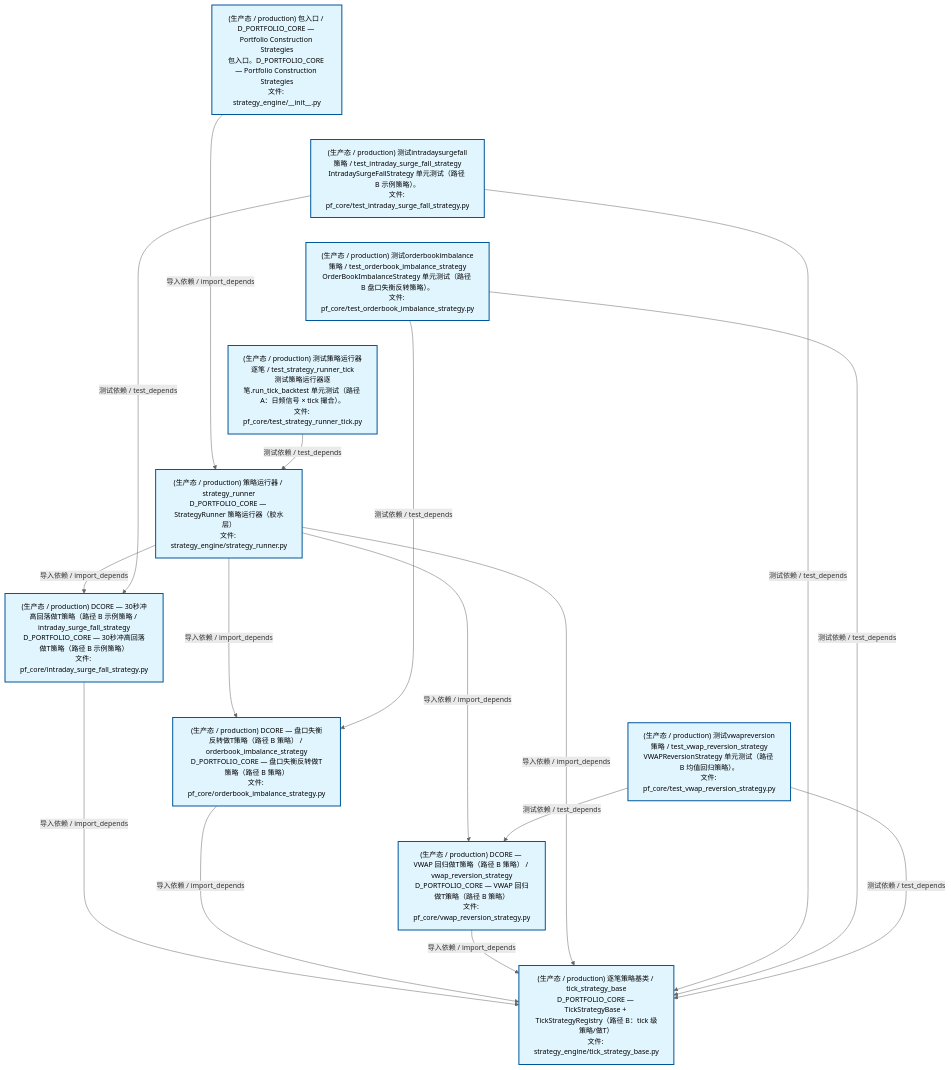
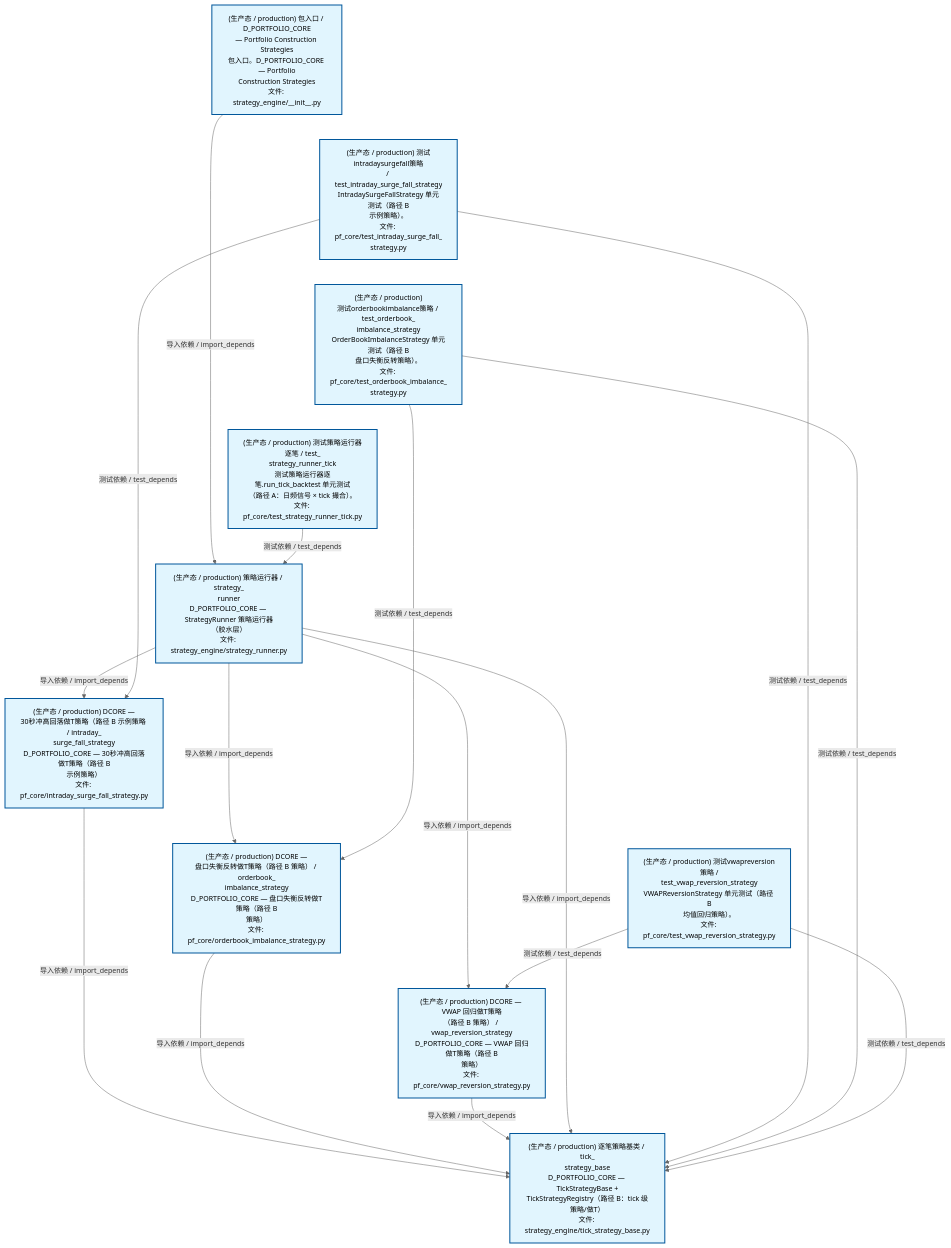
Before and after one commit to xuanFelixVan/ZephyrAlpha: the second of 4 diagrams in docs/02_enterprise_architecture/02_domain_architecture_docs/63_d_pf_core.md, drawn with Mermaid. The commit also changed other lines of this file and 61 other files, not shown here.

````diff
--- a/docs/02_enterprise_architecture/02_domain_architecture_docs/63_d_pf_core.md
+++ b/docs/02_enterprise_architecture/02_domain_architecture_docs/63_d_pf_core.md
@@ -131,40 +131,40 @@
 ```mermaid
 %%{init: {'theme': 'base', 'themeVariables': {'primaryColor': '#eaeaea', 'primaryTextColor': '#333333', 'primaryBorderColor': '#666666', 'lineColor': '#666666', 'secondaryColor': '#eaeaea', 'tertiaryColor': '#eaeaea', 'fontSize': '14px'}}}%%
 flowchart TD
-    src_zephyr_pf_core_strategy_engine_init_py["(生产态 / production) 包入口 / D_PORTFOLIO_CORE — Portfolio Construction Strategies<br/>包入口。D_PORTFOLIO_CORE — Portfolio Construction Strategies<br/>文件: strategy_engine/__init__.py"]
-    tests_pf_core_test_intraday_surge_fall_strategy_py["(生产态 / production) 测试intradaysurgefall策略 / test_intraday_surge_fall_strategy<br/>IntradaySurgeFallStrategy 单元测试（路径 B 示例策略）。<br/>文件: pf_core/test_intraday_surge_fall_strategy.py"]
-    tests_pf_core_test_orderbook_imbalance_strategy_py["(生产态 / production) 测试orderbookimbalance策略 / test_orderbook_imbalance_strategy<br/>OrderBookImbalanceStrategy 单元测试（路径 B 盘口失衡反转策略）。<br/>文件: pf_core/test_orderbook_imbalance_strategy.py"]
-    tests_pf_core_test_strategy_runner_tick_py["(生产态 / production) 测试策略运行器逐笔 / test_strategy_runner_tick<br/>测试策略运行器逐笔.run_tick_backtest 单元测试（路径 A：日频信号 × tick 撮合）。<br/>文件: pf_core/test_strategy_runner_tick.py"]
-    tests_pf_core_test_vwap_reversion_strategy_py["(生产态 / production) 测试vwapreversion策略 / test_vwap_reversion_strategy<br/>VWAPReversionStrategy 单元测试（路径 B 均值回归策略）。<br/>文件: pf_core/test_vwap_reversion_strategy.py"]
+    src_zephyr_pf_core_strategy_engine_init_py["(生产态 / production) 包入口 / D_PORTFOLIO_CORE<br/>— Portfolio Construction Strategies<br/>包入口。D_PORTFOLIO_CORE — Portfolio<br/>Construction Strategies<br/>文件: strategy_engine/__init__.py"]
+    tests_pf_core_test_intraday_surge_fall_strategy_py["(生产态 / production) 测试intradaysurgefall策略<br/>/ test_intraday_surge_fall_strategy<br/>IntradaySurgeFallStrategy 单元测试（路径 B<br/>示例策略）。<br/>文件: pf_core/test_intraday_surge_fall_<br/>strategy.py"]
+    tests_pf_core_test_orderbook_imbalance_strategy_py["(生产态 / production)<br/>测试orderbookimbalance策略 / test_orderbook_<br/>imbalance_strategy<br/>OrderBookImbalanceStrategy 单元测试（路径 B<br/>盘口失衡反转策略）。<br/>文件: pf_core/test_orderbook_imbalance_<br/>strategy.py"]
+    tests_pf_core_test_strategy_runner_tick_py["(生产态 / production) 测试策略运行器逐笔 / test_<br/>strategy_runner_tick<br/>测试策略运行器逐笔.run_tick_backtest 单元测试<br/>（路径 A：日频信号 × tick 撮合）。<br/>文件: pf_core/test_strategy_runner_tick.py"]
+    tests_pf_core_test_vwap_reversion_strategy_py["(生产态 / production) 测试vwapreversion策略 /<br/>test_vwap_reversion_strategy<br/>VWAPReversionStrategy 单元测试（路径 B<br/>均值回归策略）。<br/>文件: pf_core/test_vwap_reversion_strategy.py"]
     src_zephyr_pf_core_strategy_engine_init_py ~~~ tests_pf_core_test_intraday_surge_fall_strategy_py
     tests_pf_core_test_intraday_surge_fall_strategy_py ~~~ tests_pf_core_test_orderbook_imbalance_strategy_py
     tests_pf_core_test_orderbook_imbalance_strategy_py ~~~ tests_pf_core_test_strategy_runner_tick_py
     tests_pf_core_test_strategy_runner_tick_py ~~~ tests_pf_core_test_vwap_reversion_strategy_py
-    src_zephyr_pf_core_strategy_engine_strategy_runner_py["(生产态 / production) 策略运行器 / strategy_runner<br/>D_PORTFOLIO_CORE — StrategyRunner 策略运行器（胶水层）<br/>文件: strategy_engine/strategy_runner.py"]
-    src_zephyr_pf_core_intraday_surge_fall_strategy_py["(生产态 / production) DCORE — 30秒冲高回落做T策略（路径 B 示例策略 / intraday_surge_fall_strategy<br/>D_PORTFOLIO_CORE — 30秒冲高回落做T策略（路径 B 示例策略）<br/>文件: pf_core/intraday_surge_fall_strategy.py"]
-    src_zephyr_pf_core_orderbook_imbalance_strategy_py["(生产态 / production) DCORE — 盘口失衡反转做T策略（路径 B 策略） / orderbook_imbalance_strategy<br/>D_PORTFOLIO_CORE — 盘口失衡反转做T策略（路径 B 策略）<br/>文件: pf_core/orderbook_imbalance_strategy.py"]
-    src_zephyr_pf_core_vwap_reversion_strategy_py["(生产态 / production) DCORE — VWAP 回归做T策略（路径 B 策略） / vwap_reversion_strategy<br/>D_PORTFOLIO_CORE — VWAP 回归做T策略（路径 B 策略）<br/>文件: pf_core/vwap_reversion_strategy.py"]
+    src_zephyr_pf_core_strategy_engine_strategy_runner_py["(生产态 / production) 策略运行器 / strategy_<br/>runner<br/>D_PORTFOLIO_CORE — StrategyRunner 策略运行器<br/>（胶水层）<br/>文件: strategy_engine/strategy_runner.py"]
+    src_zephyr_pf_core_intraday_surge_fall_strategy_py["(生产态 / production) DCORE —<br/>30秒冲高回落做T策略（路径 B 示例策略 / intraday_<br/>surge_fall_strategy<br/>D_PORTFOLIO_CORE — 30秒冲高回落做T策略（路径 B<br/>示例策略）<br/>文件: pf_core/intraday_surge_fall_strategy.py"]
+    src_zephyr_pf_core_orderbook_imbalance_strategy_py["(生产态 / production) DCORE —<br/>盘口失衡反转做T策略（路径 B 策略） / orderbook_<br/>imbalance_strategy<br/>D_PORTFOLIO_CORE — 盘口失衡反转做T策略（路径 B<br/>策略）<br/>文件: pf_core/orderbook_imbalance_strategy.py"]
+    src_zephyr_pf_core_vwap_reversion_strategy_py["(生产态 / production) DCORE — VWAP 回归做T策略<br/>（路径 B 策略） / vwap_reversion_strategy<br/>D_PORTFOLIO_CORE — VWAP 回归做T策略（路径 B<br/>策略）<br/>文件: pf_core/vwap_reversion_strategy.py"]
     src_zephyr_pf_core_intraday_surge_fall_strategy_py ~~~ src_zephyr_pf_core_orderbook_imbalance_strategy_py
     src_zephyr_pf_core_orderbook_imbalance_strategy_py ~~~ src_zephyr_pf_core_vwap_reversion_strategy_py
-    src_zephyr_pf_core_strategy_engine_tick_strategy_base_py["(生产态 / production) 逐笔策略基类 / tick_strategy_base<br/>D_PORTFOLIO_CORE — TickStrategyBase + TickStrategyRegistry（路径 B：tick 级策略/做T）<br/>文件: strategy_engine/tick_strategy_base.py"]
+    src_zephyr_pf_core_strategy_engine_tick_strategy_base_py["(生产态 / production) 逐笔策略基类 / tick_<br/>strategy_base<br/>D_PORTFOLIO_CORE — TickStrategyBase +<br/>TickStrategyRegistry（路径 B：tick 级策略/做T）<br/>文件: strategy_engine/tick_strategy_base.py"]
     src_zephyr_pf_core_intraday_surge_fall_strategy_py -->|导入依赖 / import_depends| src_zephyr_pf_core_strategy_engine_tick_strategy_base_py
     src_zephyr_pf_core_orderbook_imbalance_strategy_py -->|导入依赖 / import_depends| src_zephyr_pf_core_strategy_engine_tick_strategy_base_py
     src_zephyr_pf_core_vwap_reversion_strategy_py -->|导入依赖 / import_depends| src_zephyr_pf_core_strategy_engine_tick_strategy_base_py
     src_zephyr_pf_core_strategy_engine_strategy_runner_py -->|导入依赖 / import_depends| src_zephyr_pf_core_intraday_surge_fall_strategy_py
     src_zephyr_pf_core_strategy_engine_strategy_runner_py -->|导入依赖 / import_depends| src_zephyr_pf_core_orderbook_imbalance_strategy_py
+    src_zephyr_pf_core_strategy_engine_strategy_runner_py -->|导入依赖 / import_depends| src_zephyr_pf_core_vwap_reversion_strategy_py
     src_zephyr_pf_core_strategy_engine_strategy_runner_py -->|导入依赖 / import_depends| src_zephyr_pf_core_strategy_engine_tick_strategy_base_py
-    src_zephyr_pf_core_strategy_engine_strategy_runner_py -->|导入依赖 / import_depends| src_zephyr_pf_core_vwap_reversion_strategy_py
     src_zephyr_pf_core_strategy_engine_init_py -->|导入依赖 / import_depends| src_zephyr_pf_core_strategy_engine_strategy_runner_py
     tests_pf_core_test_intraday_surge_fall_strategy_py -->|测试依赖 / test_depends| src_zephyr_pf_core_intraday_surge_fall_strategy_py
     tests_pf_core_test_intraday_surge_fall_strategy_py -->|测试依赖 / test_depends| src_zephyr_pf_core_strategy_engine_tick_strategy_base_py
     tests_pf_core_test_orderbook_imbalance_strategy_py -->|测试依赖 / test_depends| src_zephyr_pf_core_orderbook_imbalance_strategy_py
     tests_pf_core_test_orderbook_imbalance_strategy_py -->|测试依赖 / test_depends| src_zephyr_pf_core_strategy_engine_tick_strategy_base_py
     tests_pf_core_test_strategy_runner_tick_py -->|测试依赖 / test_depends| src_zephyr_pf_core_strategy_engine_strategy_runner_py
+    tests_pf_core_test_vwap_reversion_strategy_py -->|测试依赖 / test_depends| src_zephyr_pf_core_vwap_reversion_strategy_py
     tests_pf_core_test_vwap_reversion_strategy_py -->|测试依赖 / test_depends| src_zephyr_pf_core_strategy_engine_tick_strategy_base_py
-    tests_pf_core_test_vwap_reversion_strategy_py -->|测试依赖 / test_depends| src_zephyr_pf_core_vwap_reversion_strategy_py
     classDef production fill:#e1f5fe,stroke:#01579b,stroke-width:2px,color:#000
     classDef design fill:#fff3e0,stroke:#e65100,stroke-width:2px,color:#000,stroke-dasharray: 5 5
     classDef external_prod fill:#e8f4fd,stroke:#0277bd,stroke-width:1px,color:#000
     classDef external_design fill:#fff8e7,stroke:#ef6c00,stroke-width:1px,color:#000,stroke-dasharray: 5 5
     class src_zephyr_pf_core_intraday_surge_fall_strategy_py,src_zephyr_pf_core_orderbook_imbalance_strategy_py,src_zephyr_pf_core_strategy_engine_init_py,src_zephyr_pf_core_strategy_engine_strategy_runner_py,src_zephyr_pf_core_strategy_engine_tick_strategy_base_py,src_zephyr_pf_core_vwap_reversion_strategy_py,tests_pf_core_test_intraday_surge_fall_strategy_py,tests_pf_core_test_orderbook_imbalance_strategy_py,tests_pf_core_test_strategy_runner_tick_py,tests_pf_core_test_vwap_reversion_strategy_py production
 ```
````
